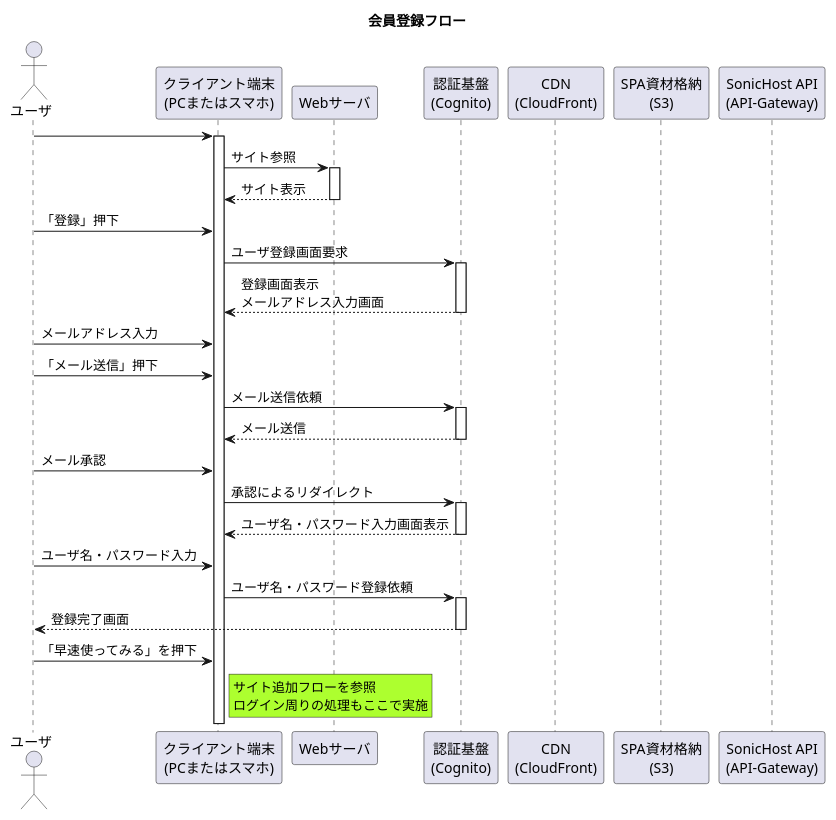
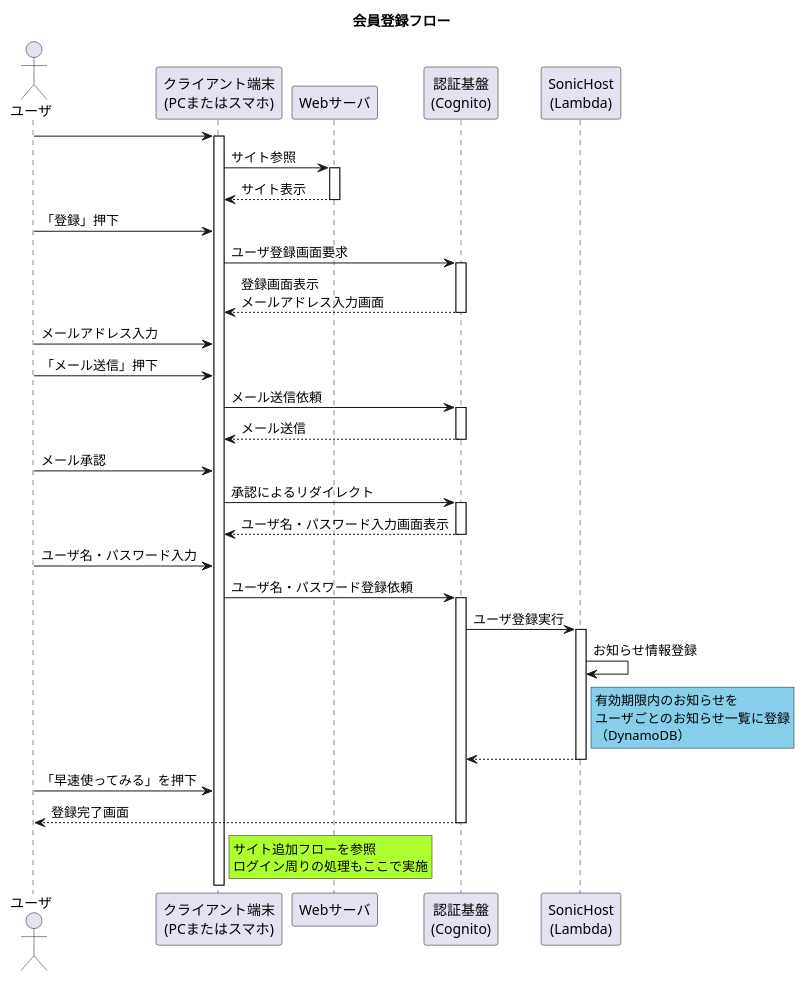
Before and after one commit to Sonic-Host/documents: the diagram in 01_Sequences/01_UserRegistration/01_Registeration_Flow/registFlow.pu, drawn with PlantUML.

Commit message:
登録時の処理として、お知らせ通知設定を追加

```diff
--- a/01_Sequences/01_UserRegistration/01_Registeration_Flow/registFlow.pu
+++ b/01_Sequences/01_UserRegistration/01_Registeration_Flow/registFlow.pu
@@ -1,42 +1,47 @@
 @startuml  会員登録フロー
 title 会員登録フロー
 
 ' アクター定義
 actor "ユーザ" as user
 participant "クライアント端末\n(PCまたはスマホ)" as device
 participant "Webサーバ" as site
 participant "認証基盤\n(Cognito)" as cognito
-participant "CDN\n(CloudFront)" as cdn
-participant "SPA資材格納\n(S3)" as spa
-participant "SonicHost API\n(API-Gateway)" as api
-
+participant "SonicHost\n(Lambda)" as lambda
 
 ' シーケンス
 ' Webサイト編
 user -> device ++ 
 device -> site ++ : サイト参照
 device <-- site -- : サイト表示
 user -> device : 「登録」押下
 
 ' Cognito登録編（ユーザ登録）
 device -> cognito ++ : ユーザ登録画面要求
 device <-- cognito -- : 登録画面表示\nメールアドレス入力画面
 user -> device : メールアドレス入力
 user -> device : 「メール送信」押下
 device -> cognito ++ : メール送信依頼
 device <-- cognito -- : メール送信
 user -> device : メール承認
 device -> cognito ++ : 承認によるリダイレクト
 device <-- cognito -- : ユーザ名・パスワード入力画面表示
 user -> device :ユーザ名・パスワード入力
 device -> cognito ++ : ユーザ名・パスワード登録依頼
+cognito -> lambda ++ : ユーザ登録実行
+lambda -> lambda : お知らせ情報登録
+rnote right of lambda #SkyBlue  
+    有効期限内のお知らせを
+    ユーザごとのお知らせ一覧に登録
+    （DynamoDB）
+end note
+cognito <-- lambda --
+user -> device : 「早速使ってみる」を押下
 user <-- cognito -- : 登録完了画面
-user -> device : 「早速使ってみる」を押下
 
 rnote right of device #GreenYellow
     サイト追加フローを参照
     ログイン周りの処理もここで実施
 end note
 
 
 @enduml
```
